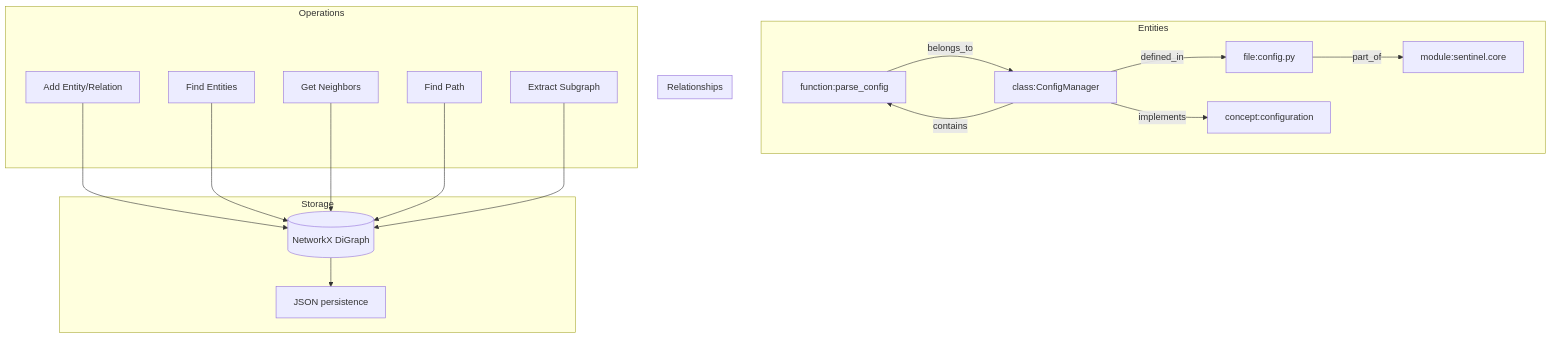
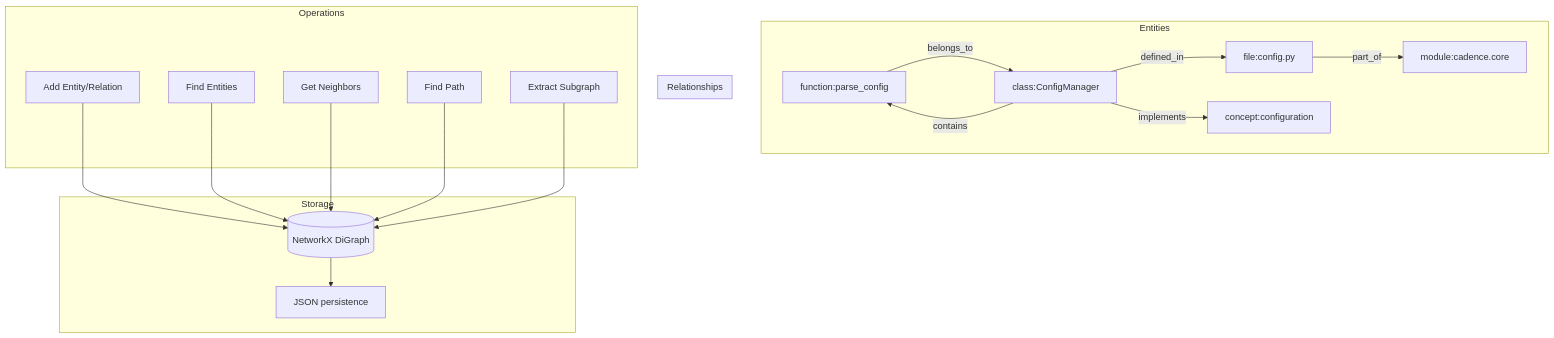
The ninth of 10 diagrams in README.md (davidecampman/Cadence), drawn with Mermaid before and after one commit. The commit also changed other lines of this file and 111 other files, not shown here.

First line of the commit message:
Rename project from Sentinel to Cadence

````diff
--- a/README.md
+++ b/README.md
@@ -306,32 +306,32 @@
 ```mermaid
 flowchart TD
     subgraph Entities
         E1[function:parse_config]
         E2[class:ConfigManager]
-        E3[module:sentinel.core]
+        E3[module:cadence.core]
         E4[file:config.py]
         E5[concept:configuration]
     end
 
     subgraph Relationships
         E1 -->|belongs_to| E2
         E2 -->|contains| E1
         E2 -->|defined_in| E4
         E4 -->|part_of| E3
         E2 -->|implements| E5
     end
 
     subgraph Operations
         Add[Add Entity/Relation]
         Search[Find Entities]
         Neighbors[Get Neighbors]
         Path[Find Path]
         Subgraph[Extract Subgraph]
     end
 
     subgraph Storage
         Graph[(NetworkX DiGraph)] --> JSON[JSON persistence]
     end
 
     Add & Search & Neighbors & Path & Subgraph --> Graph
 ```
````
